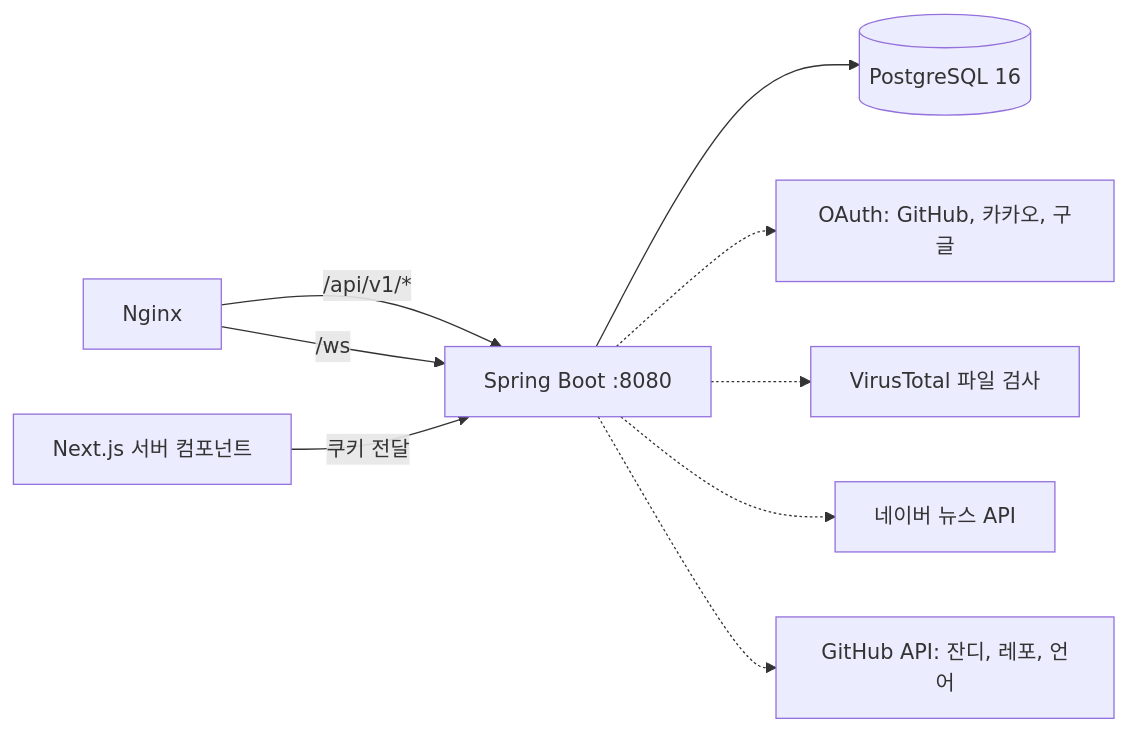
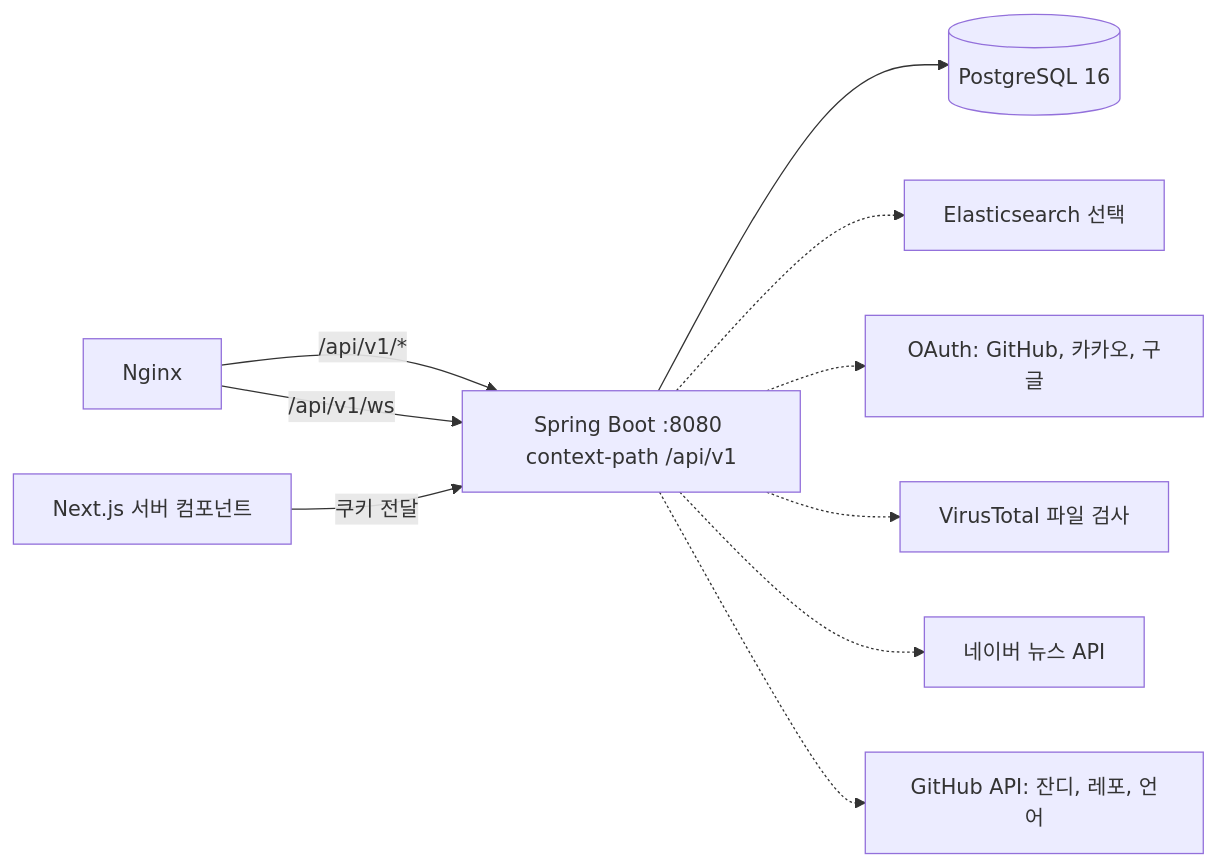
Before and after one commit to likelion-backendschool-9th/1team_project: the diagram in docs/백엔드-청사진.md, drawn with Mermaid. The commit also changed other lines of this file and 1 other file, not shown here.

````diff
--- a/docs/백엔드-청사진.md
+++ b/docs/백엔드-청사진.md
@@ -47,11 +48,12 @@
 ```mermaid
 flowchart LR
-  N[Nginx] -->|/api/v1/*| S[Spring Boot :8080]
-  N -->|/ws| S
+  N[Nginx] -->|/api/v1/*| S[Spring Boot :8080 context-path /api/v1]
+  N -->|/api/v1/ws| S
   F[Next.js 서버 컴포넌트] -->|쿠키 전달| S
   S --> D[(PostgreSQL 16)]
+  S -.-> E[Elasticsearch 선택]
   S -.-> X[OAuth: GitHub, 카카오, 구글]
   S -.-> V[VirusTotal 파일 검사]
   S -.-> W[네이버 뉴스 API]
   S -.-> G[GitHub API: 잔디, 레포, 언어]
 ```
````
